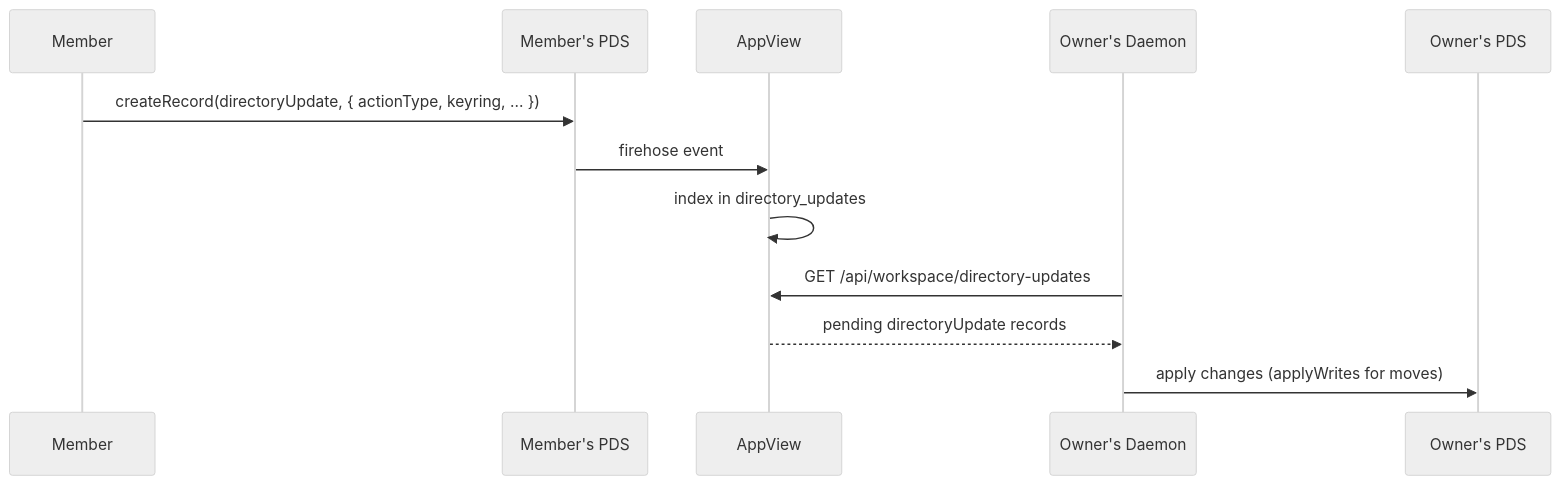
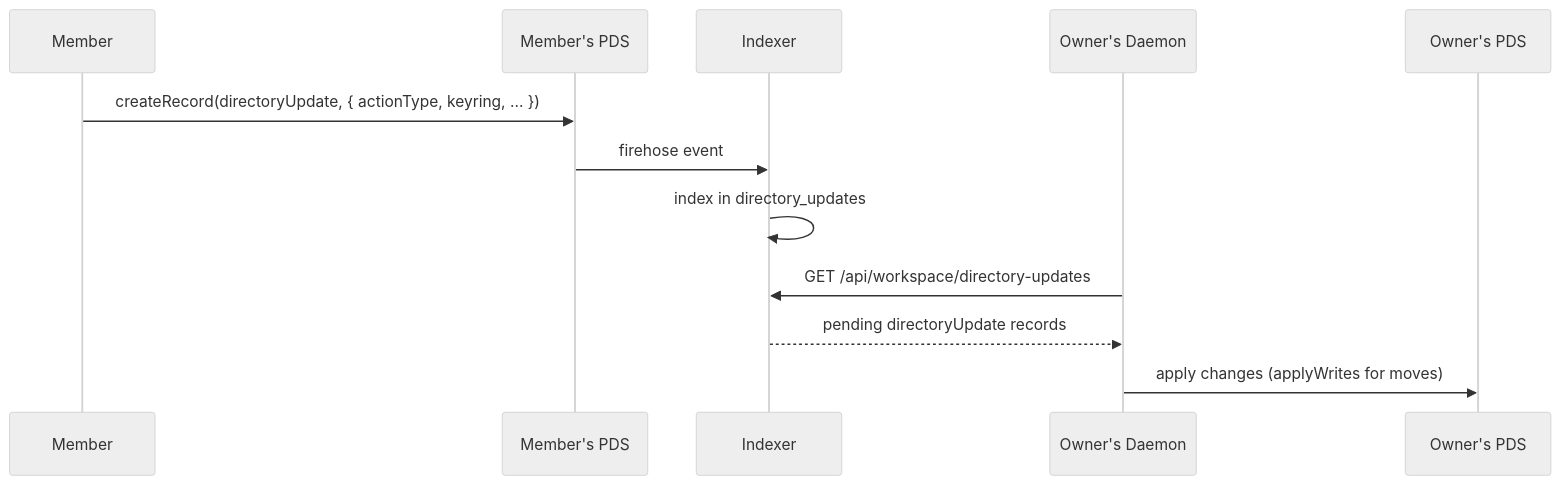
The fifth of 5 diagrams in docs/flows/directories.md (Sans-Self/Opake), drawn with Mermaid (neutral theme) before and after one commit. The commit also changed 302 other files, not shown here.

````diff
--- a/docs/flows/directories.md
+++ b/docs/flows/directories.md
@@ -152,16 +152,16 @@
 ```mermaid
 sequenceDiagram
     participant Member
     participant MemberPDS as Member's PDS
-    participant AppView
+    participant Indexer
     participant OwnerDaemon as Owner's Daemon
     participant OwnerPDS as Owner's PDS
 
     Member->>MemberPDS: createRecord(directoryUpdate, { actionType, keyring, ... })
-    MemberPDS->>AppView: firehose event
-    AppView->>AppView: index in directory_updates
+    MemberPDS->>Indexer: firehose event
+    Indexer->>Indexer: index in directory_updates
 
-    OwnerDaemon->>AppView: GET /api/workspace/directory-updates
-    AppView-->>OwnerDaemon: pending directoryUpdate records
+    OwnerDaemon->>Indexer: GET /api/workspace/directory-updates
+    Indexer-->>OwnerDaemon: pending directoryUpdate records
     OwnerDaemon->>OwnerPDS: apply changes (applyWrites for moves)
 ```
````
